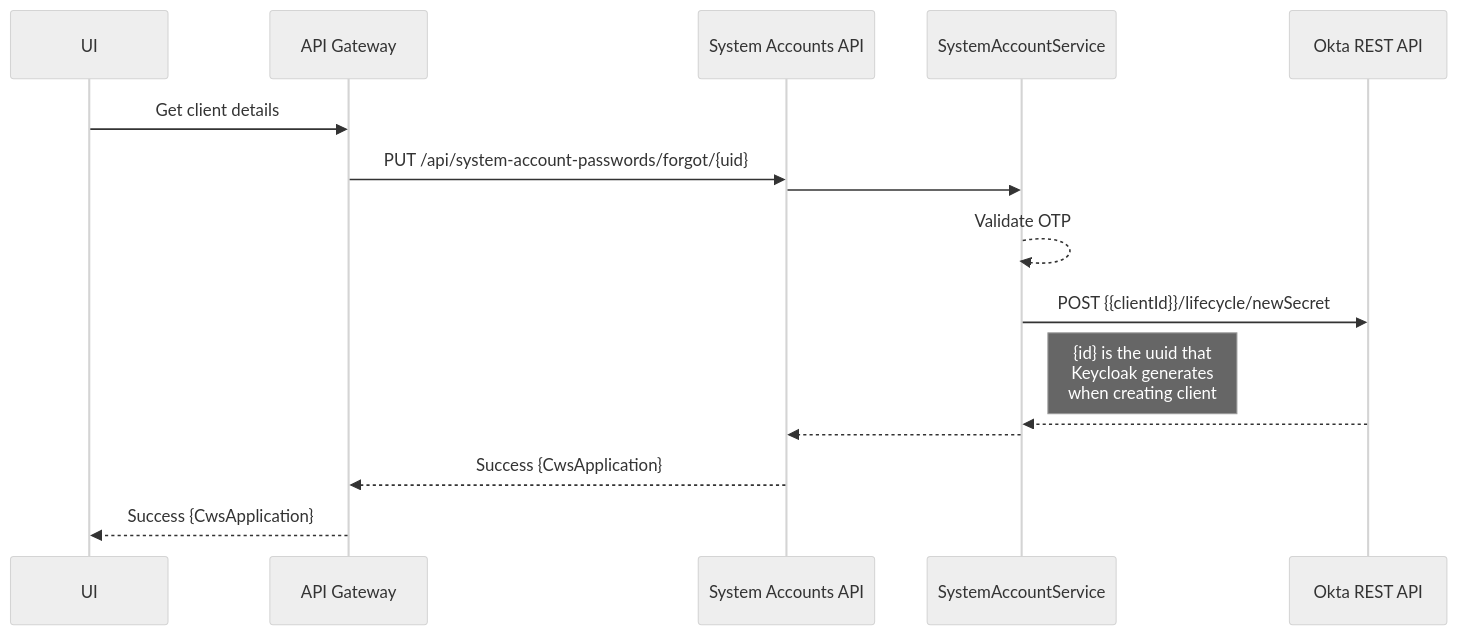
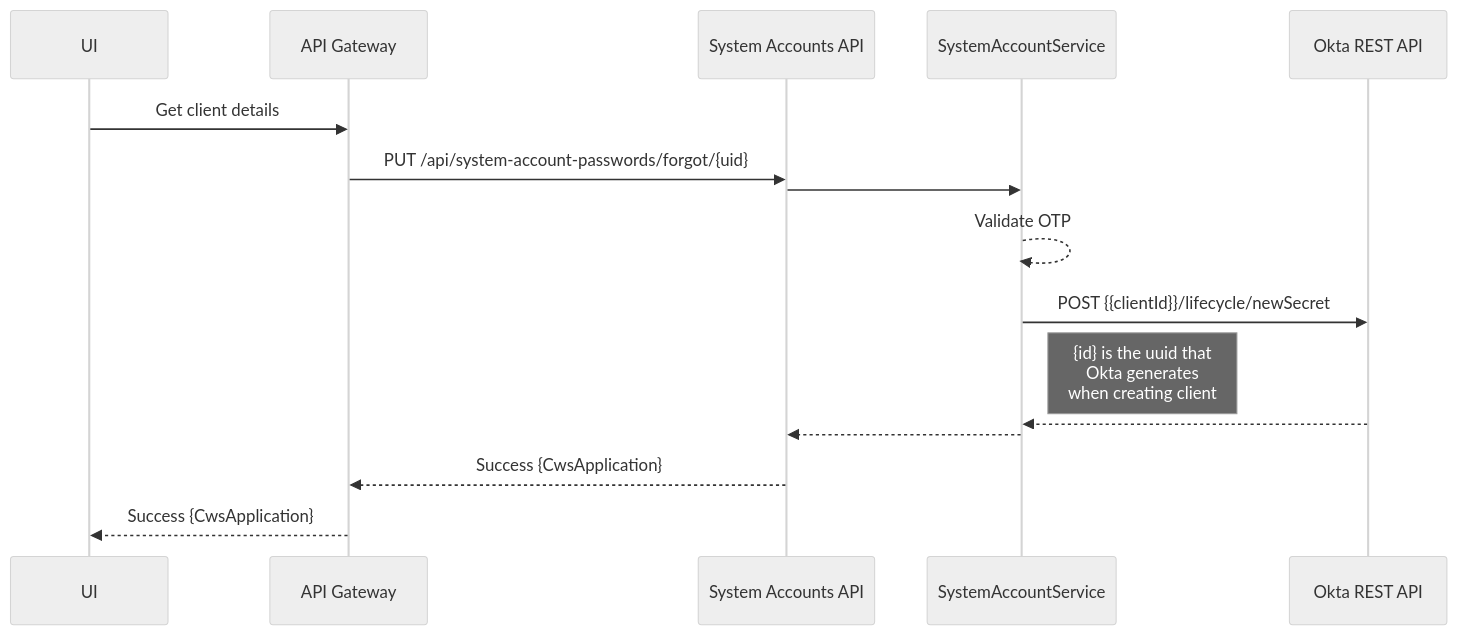
Before and after one commit to venuduggireddy/slakedit: the third of 4 diagrams in README.md, drawn with Mermaid (neutral theme). The commit also changed other lines of this file, not shown here.

````diff
--- a/README.md
+++ b/README.md
@@ -119,13 +119,13 @@
 ```mermaid
 sequenceDiagram
 UI ->> API Gateway: Get client details
 API Gateway->>System Accounts API: PUT /api/system-account-passwords/forgot/{uid}
 System Accounts API ->> SystemAccountService:  
 SystemAccountService -->> SystemAccountService: Validate OTP
 SystemAccountService ->> Okta REST API: POST {{clientId}}/lifecycle/newSecret
-Note right of SystemAccountService : {id} is the uuid that <br/>Keycloak generates <br/>when creating client
+Note right of SystemAccountService : {id} is the uuid that <br/>Okta generates <br/>when creating client
 Okta REST API -->> SystemAccountService: 
 SystemAccountService -->> System Accounts API: 
 System Accounts API -->> API Gateway: Success {CwsApplication}
 API Gateway -->> UI: Success {CwsApplication}
 ```
````
